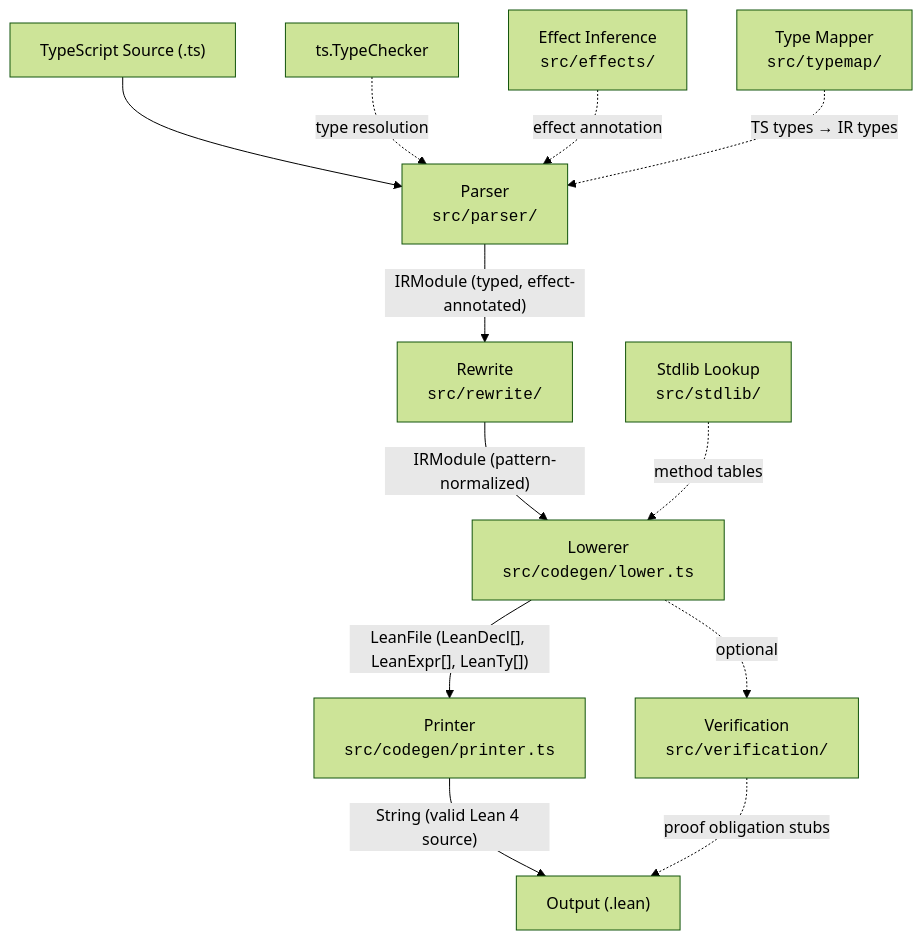
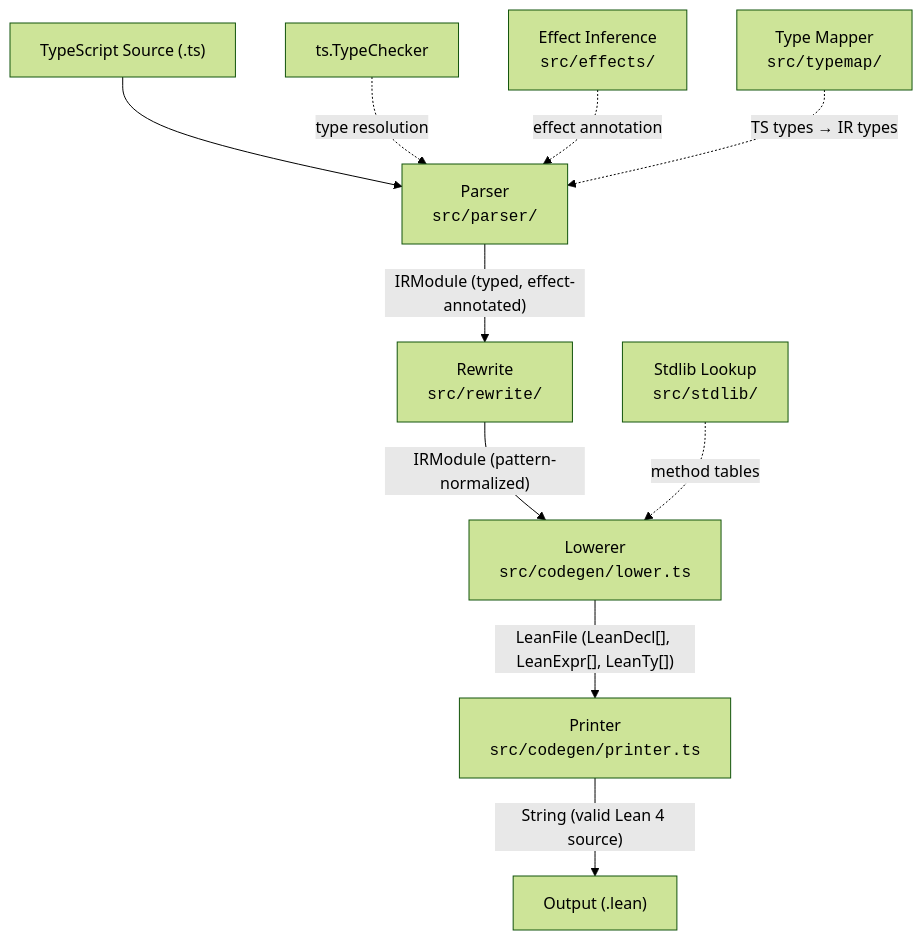
One commit to AshishKumar4/TSLean changed the diagram in docs/architecture.md. Above: the diagram before and after it, drawn with Mermaid (forest theme). The commit also changed other lines of this file and 132 other files, not shown here.

````diff
--- a/docs/architecture.md
+++ b/docs/architecture.md
@@ -27,14 +27,12 @@
 ```mermaid
 graph TD
     A["TypeScript Source (.ts)"] --> B["Parser<br/><code>src/parser/</code>"]
     TC["ts.TypeChecker"] -.->|type resolution| B
     EF["Effect Inference<br/><code>src/effects/</code>"] -.->|effect annotation| B
     TM["Type Mapper<br/><code>src/typemap/</code>"] -.->|TS types → IR types| B
     B -->|"IRModule (typed, effect-annotated)"| C["Rewrite<br/><code>src/rewrite/</code>"]
     C -->|"IRModule (pattern-normalized)"| D["Lowerer<br/><code>src/codegen/lower.ts</code>"]
     SL["Stdlib Lookup<br/><code>src/stdlib/</code>"] -.->|method tables| D
     D -->|"LeanFile (LeanDecl[], LeanExpr[], LeanTy[])"| E["Printer<br/><code>src/codegen/printer.ts</code>"]
     E -->|"String (valid Lean 4 source)"| F["Output (.lean)"]
-    D -.->|optional| V["Verification<br/><code>src/verification/</code>"]
-    V -.->|"proof obligation stubs"| F
 ```
````
